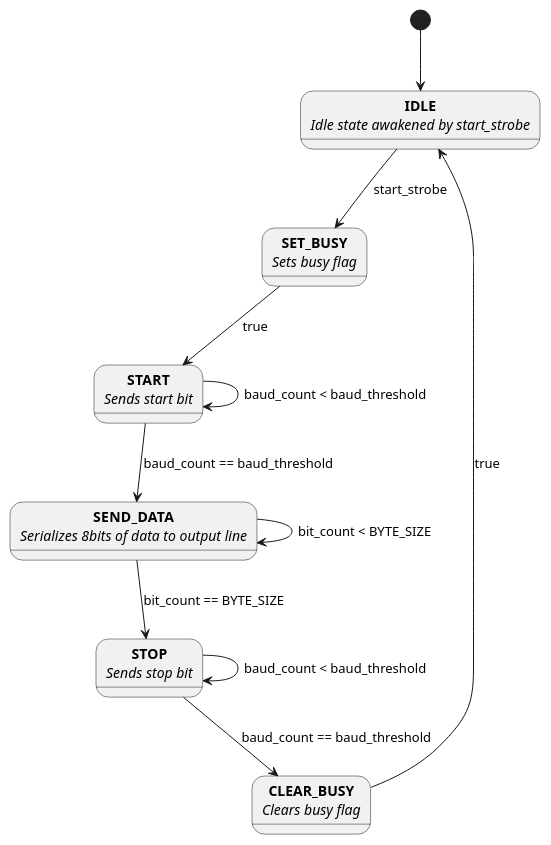
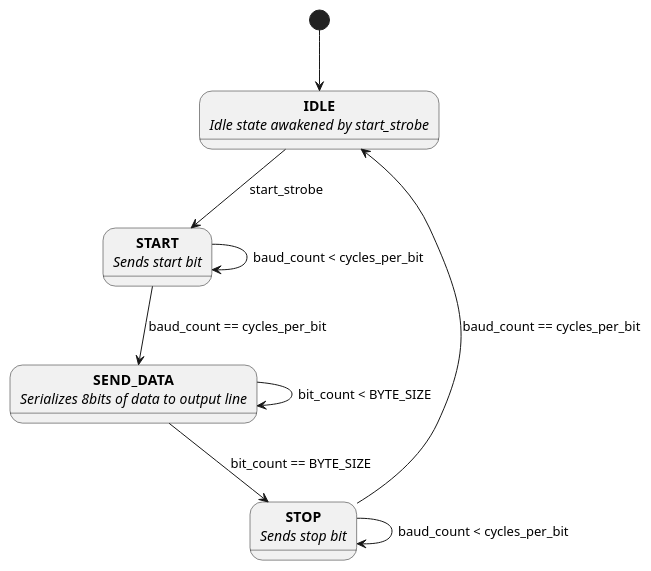
One commit to aaronsbrown/fpga_8-Bit_SAP-2.0 changed the diagram in docs/UML/FMS_UART_TX.puml. Above: the diagram before and after it, drawn with PlantUML. The commit also changed 7 other files, not shown here.

```diff
--- a/docs/UML/FMS_UART_TX.puml
+++ b/docs/UML/FMS_UART_TX.puml
@@ -1,23 +1,19 @@
 @startuml
 
 [*] --> IDLE
 
 state "<b>IDLE</b>\n<i>Idle state awakened by start_strobe</i>" as IDLE
-state "<b>SET_BUSY</b>\n<i>Sets busy flag</i>" as SET_BUSY
 state "<b>START</b>\n<i>Sends start bit</i>" as START
 state "<b>SEND_DATA</b>\n<i>Serializes 8bits of data to output line</i>" as SEND_DATA
 state "<b>STOP</b>\n<i>Sends stop bit</i>" as STOP
-state "<b>CLEAR_BUSY</b>\n<i>Clears busy flag</i>" as CLEAR_BUSY
 
 
-IDLE        --> SET_BUSY: start_strobe
-SET_BUSY    --> START: true
-START       --> START: baud_count < baud_threshold
-START       --> SEND_DATA: baud_count == baud_threshold
-SEND_DATA        --> SEND_DATA: bit_count < BYTE_SIZE
-SEND_DATA        --> STOP: bit_count == BYTE_SIZE
-STOP        --> STOP: baud_count < baud_threshold
-STOP        --> CLEAR_BUSY: baud_count == baud_threshold
-CLEAR_BUSY  --> IDLE: true
+IDLE        --> START: start_strobe
+START       --> START: baud_count < cycles_per_bit
+START       --> SEND_DATA: baud_count == cycles_per_bit
+SEND_DATA   --> SEND_DATA: bit_count < BYTE_SIZE
+SEND_DATA   --> STOP: bit_count == BYTE_SIZE
+STOP        --> STOP: baud_count < cycles_per_bit
+STOP        --> IDLE: baud_count == cycles_per_bit
 
 @enduml
```
